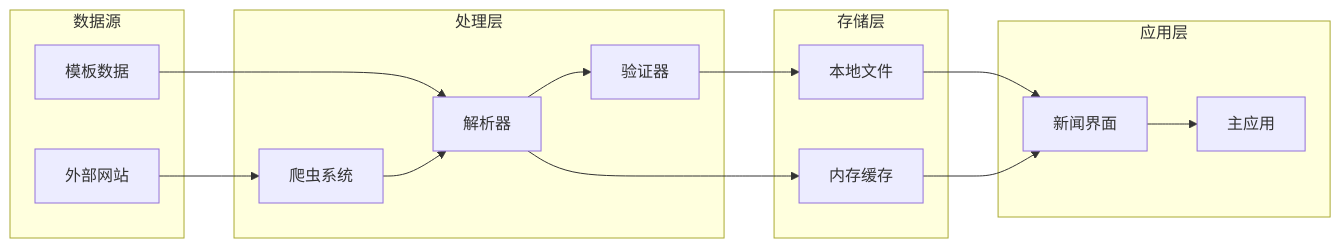
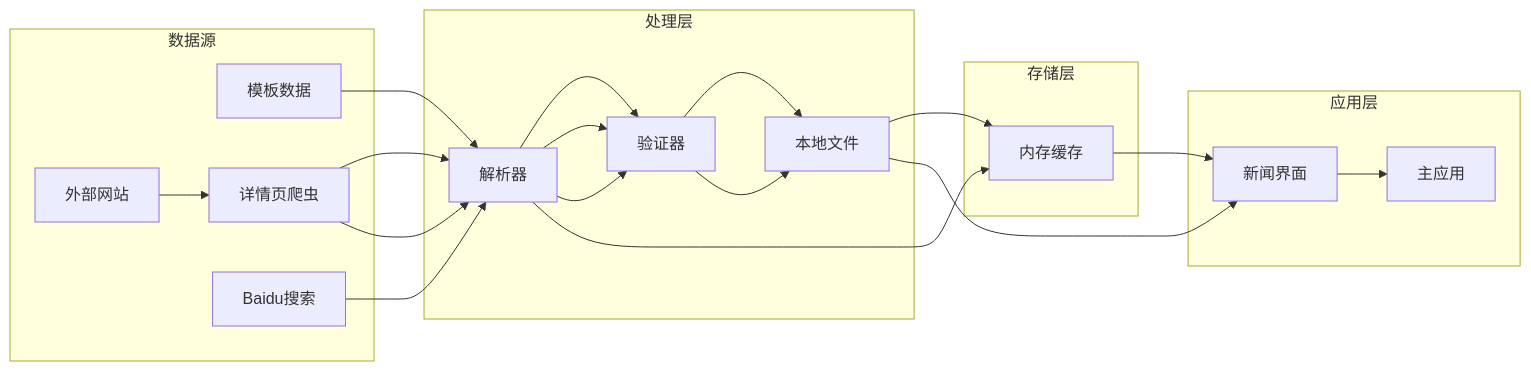
One commit to liangxuanliang-cmd/carbon-info-agent changed diagram 15 of 16 in .qoder/repowiki/zh/content/数据管理/新闻数据管理/增强的新闻数据管理.md. Above: the diagram before and after it, drawn with Mermaid. The commit also changed other lines of this file and 5 other files, not shown here.

````diff
--- a/.qoder/repowiki/zh/content/数据管理/新闻数据管理/增强的新闻数据管理.md
+++ b/.qoder/repowiki/zh/content/数据管理/新闻数据管理/增强的新闻数据管理.md
@@ -514,29 +676,32 @@
 ```mermaid
 graph LR
 subgraph "数据源"
 ExternalSites[外部网站]
 TemplateData[模板数据]
+DetailCrawlers[详情页爬虫]
+BaiduSearch[Baidu搜索]
 end
 subgraph "处理层"
-Crawler[爬虫系统]
-Parser[解析器]
-Validator[验证器]
+DetailCrawlers --> Parser[解析器]
+Parser --> Validator[验证器]
+BaiduSearch --> Parser
+Parser --> Validator
+Validator --> LocalFiles[本地文件]
 end
 subgraph "存储层"
-LocalFiles[本地文件]
-MemoryCache[内存缓存]
+LocalFiles --> MemoryCache[内存缓存]
 end
 subgraph "应用层"
 NewsSection[新闻界面]
 App[主应用]
 end
-ExternalSites --> Crawler
+ExternalSites --> DetailCrawlers
 TemplateData --> Parser
-Crawler --> Parser
+DetailCrawlers --> Parser
 Parser --> Validator
 Validator --> LocalFiles
 Parser --> MemoryCache
 LocalFiles --> NewsSection
 MemoryCache --> NewsSection
 NewsSection --> App
 ```
````
